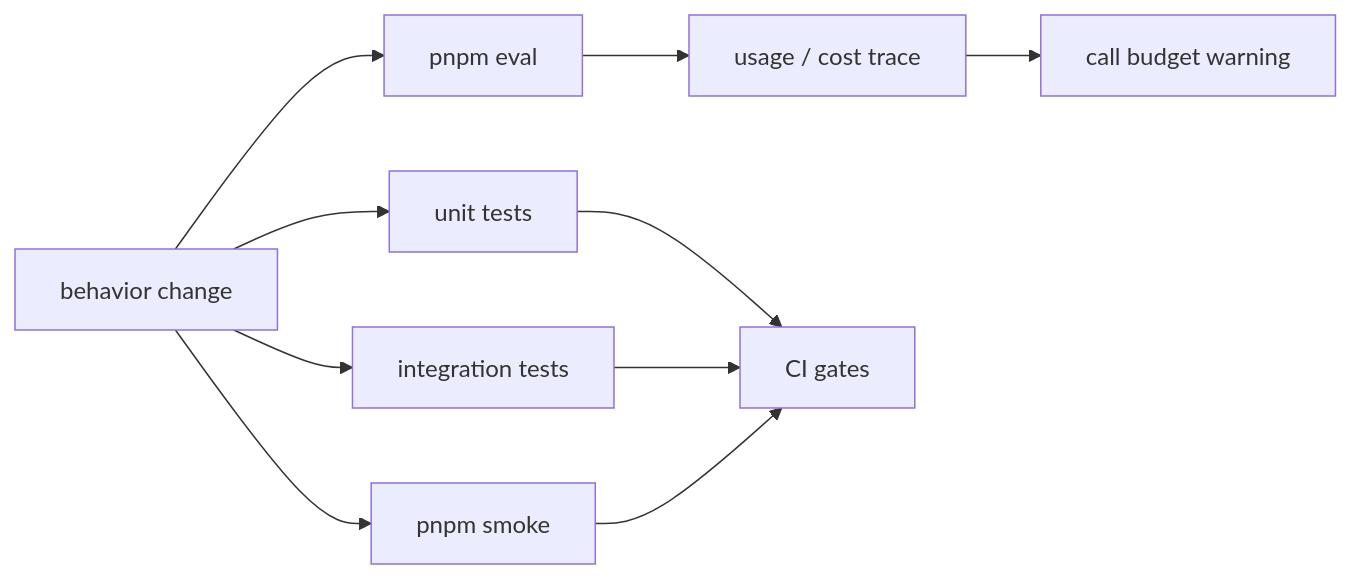
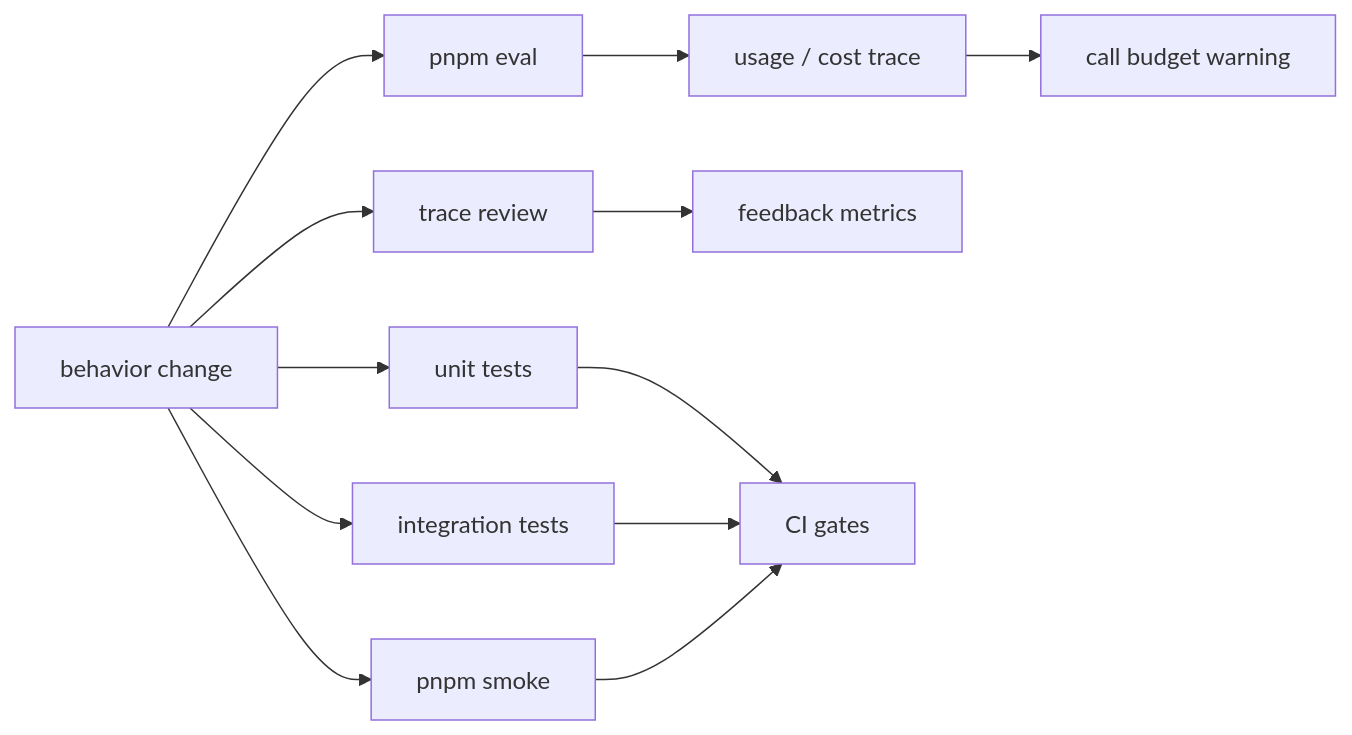
Diagram 17 of 24 in docs/design.md (ImWenyaoT/chatty), drawn with Mermaid before and after one commit. The commit also changed other lines of this file and 10 other files, not shown here.

Commit message:
feat(feedback): add trace review loop

````diff
--- a/docs/design.md
+++ b/docs/design.md
@@ -337,12 +338,14 @@
 ```mermaid
 flowchart LR
   Change["behavior change"] --> Unit["unit tests"]
   Change --> Integration["integration tests"]
   Change --> Smoke["pnpm smoke"]
   Change --> Eval["pnpm eval"]
   Eval --> Cost["usage / cost trace"]
   Cost --> Budget["call budget warning"]
+  Change --> Review["trace review"]
+  Review --> Metrics["feedback metrics"]
   Unit --> CI["CI gates"]
   Integration --> CI
   Smoke --> CI
 ```
````
